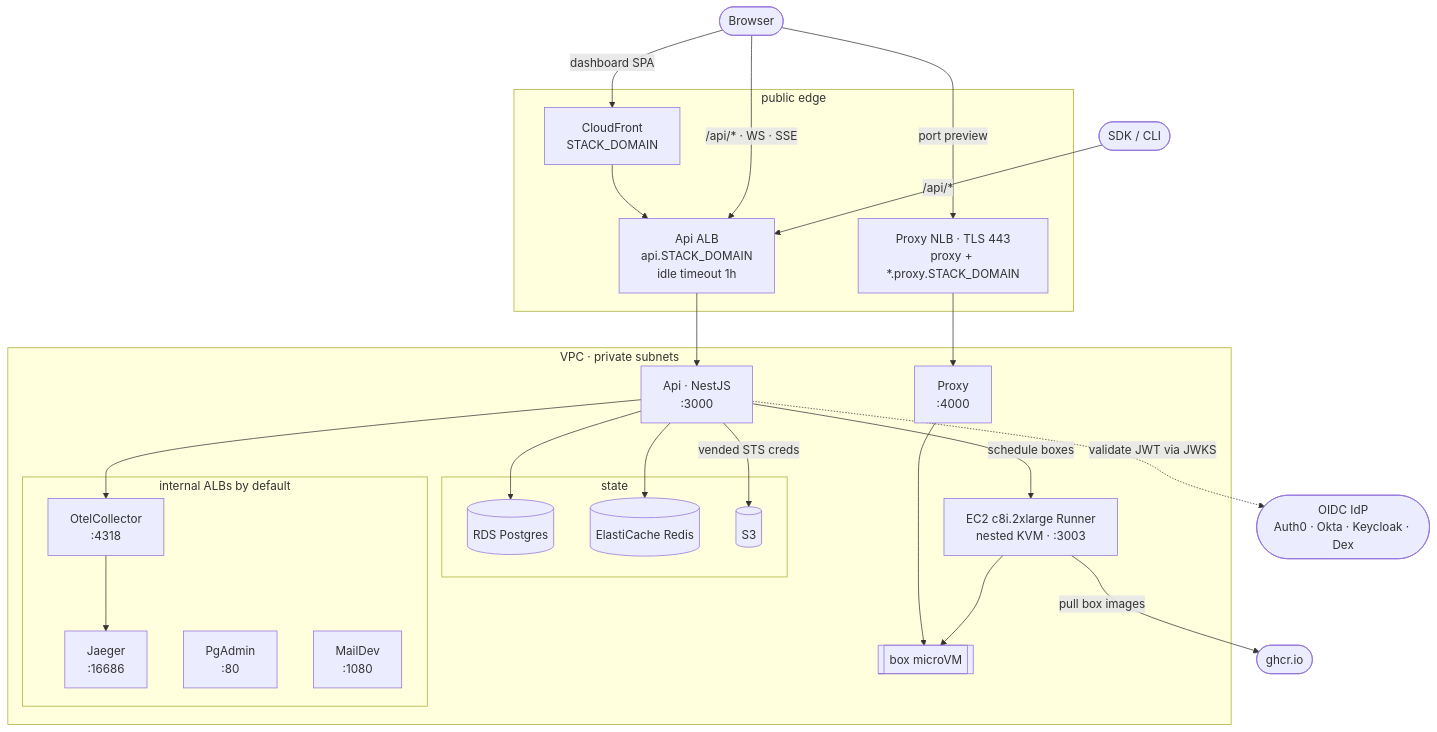
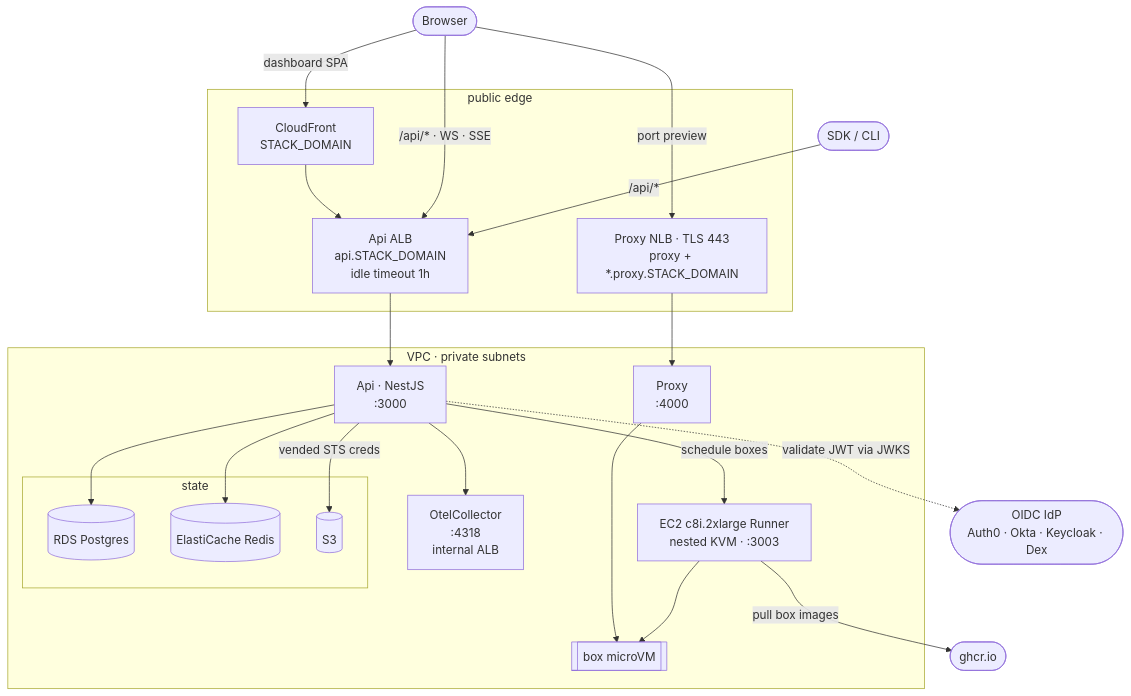
The diagram in apps/infra/docs/deployment.md (boxlite-ai/boxlite), drawn with Mermaid before and after one commit. The commit also changed other lines of this file and 30 other files, not shown here.

First line of the commit message:
feat(infra): send mail through SES, retire the internal admin UIs

````diff
--- a/apps/infra/docs/deployment.md
+++ b/apps/infra/docs/deployment.md
@@ -15,53 +15,47 @@
 ```mermaid
 flowchart TB
     browser(["Browser"])
     sdk(["SDK / CLI"])
     idp(["OIDC IdP<br/>Auth0 · Okta · Keycloak · Dex"])
     ghcr(["ghcr.io"])
 
     subgraph edge["public edge"]
         cf["CloudFront<br/>STACK_DOMAIN"]
         alb["Api ALB<br/>api.STACK_DOMAIN<br/>idle timeout 1h"]
         nlb["Proxy NLB · TLS 443<br/>proxy + *.proxy.STACK_DOMAIN"]
     end
 
     subgraph vpc["VPC · private subnets"]
         api["Api · NestJS<br/>:3000"]
         proxy["Proxy<br/>:4000"]
         runner["EC2 c8i.2xlarge Runner<br/>nested KVM · :3003"]
         box[["box microVM"]]
 
         subgraph store["state"]
             pg[("RDS Postgres")]
             redis[("ElastiCache Redis")]
             s3[("S3")]
         end
 
-        subgraph obs["internal ALBs by default"]
-            otel["OtelCollector<br/>:4318"]
-            jaeger["Jaeger<br/>:16686"]
-            pgadmin["PgAdmin<br/>:80"]
-            maildev["MailDev<br/>:1080"]
-        end
+        otel["OtelCollector<br/>:4318<br/>internal ALB"]
     end
 
     browser -->|"dashboard SPA"| cf
     cf --> alb
     browser -->|"/api/* · WS · SSE"| alb
     sdk -->|"/api/*"| alb
     browser -->|"port preview"| nlb
 
     alb --> api
     nlb --> proxy
     proxy --> box
     runner --> box
 
     api --> pg
     api --> redis
     api -->|"vended STS creds"| s3
     api -->|"schedule boxes"| runner
     api -.->|"validate JWT via JWKS"| idp
     api --> otel
-    otel --> jaeger
     runner -->|"pull box images"| ghcr
 ```
````
